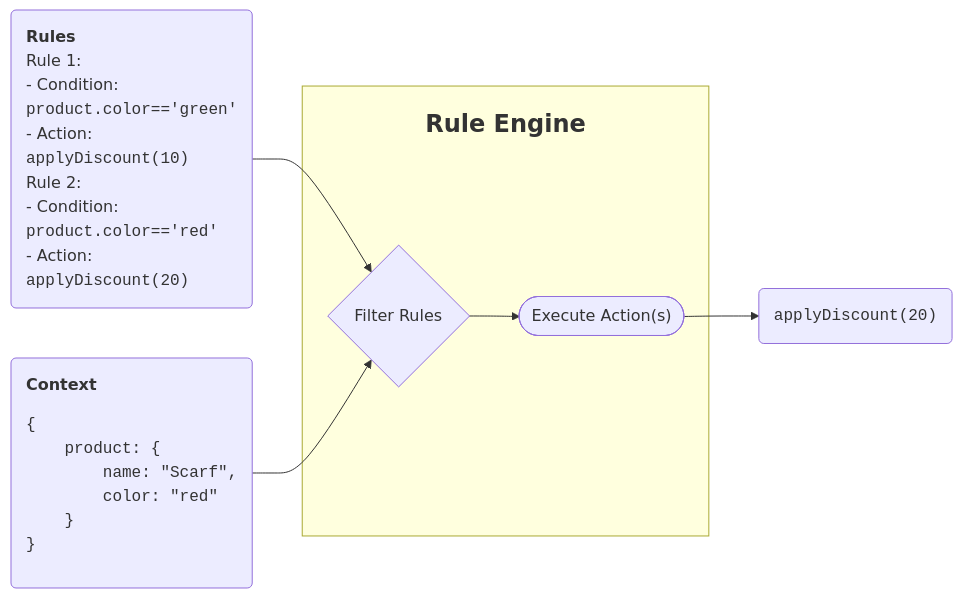
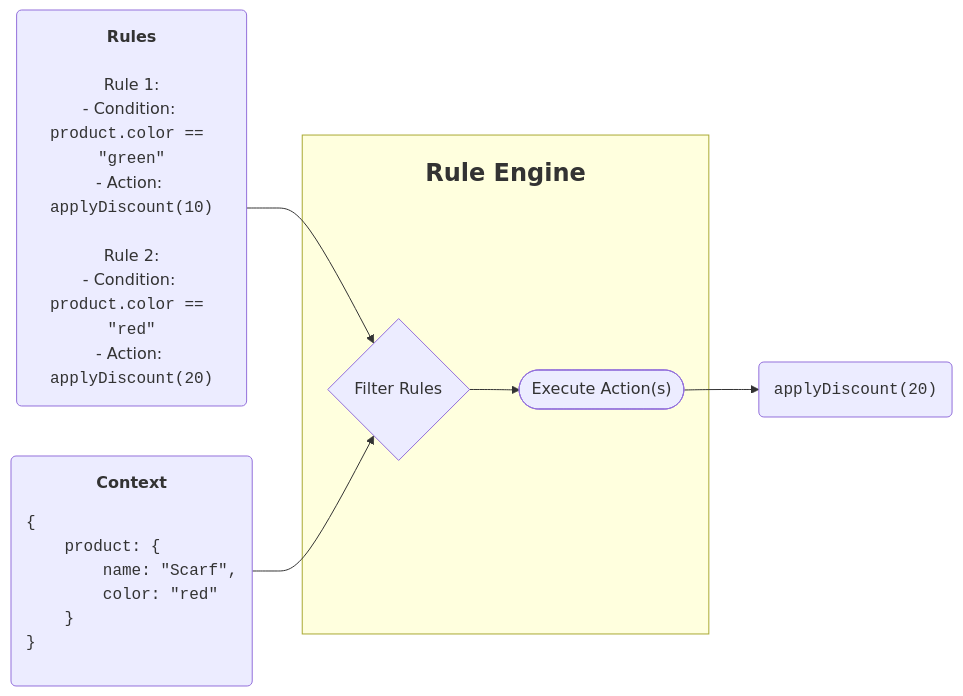
The diagram in README.md (uuf6429/rune), drawn with Mermaid before and after one commit. The commit also changed other lines of this file, not shown here.

````diff
--- a/README.md
+++ b/README.md
@@ -52,31 +52,31 @@
 ```mermaid
 flowchart LR
     A("
-<b>Rules</b>
+<center><b>Rules</b></center>
 Rule 1:
-- Condition: <code>product.color=='green'</code>
+- Condition: <code>product.color == #quot;green#quot;</code>
 - Action: <code>applyDiscount(10)</code>
+
 Rule 2:
-- Condition: <code>product.color=='red'</code>
+- Condition: <code>product.color == #quot;red#quot;</code>
 - Action: <code>applyDiscount(20)</code>
     ") --> C
 
     B("
-<b>Context</b>
-<pre><code>{
+<center><b>Context</b></center><pre><code>{
     product: {
         name: #quot;Scarf#quot;,
         color: #quot;red#quot;
     }
 }</code></pre>
     ") --> C
 
     subgraph RuleEngine ["<h2>Rule Engine</h2>"]
         C{"Filter Rules"} --> D(["Execute Action(s)"])
     end
 
     D --> E("<code>applyDiscount(20)</code>")
 
 style A text-align: left
 style B text-align: left
 ```
````
